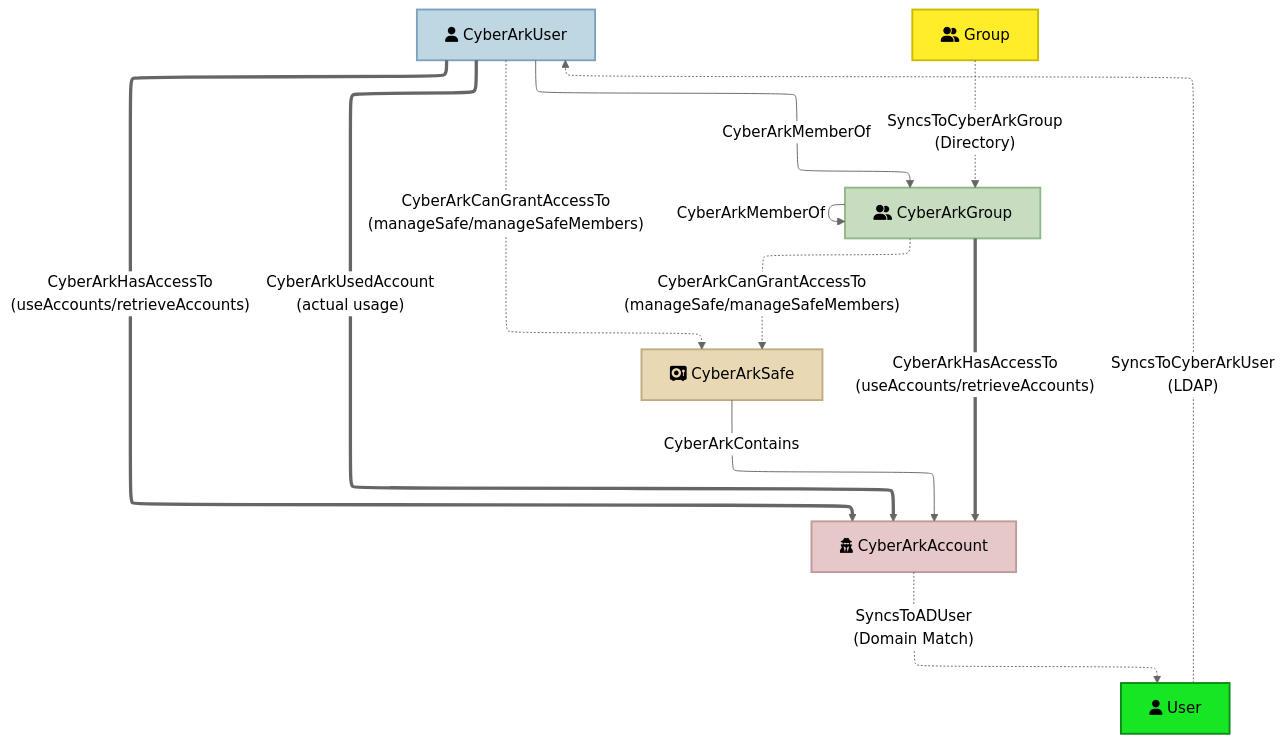
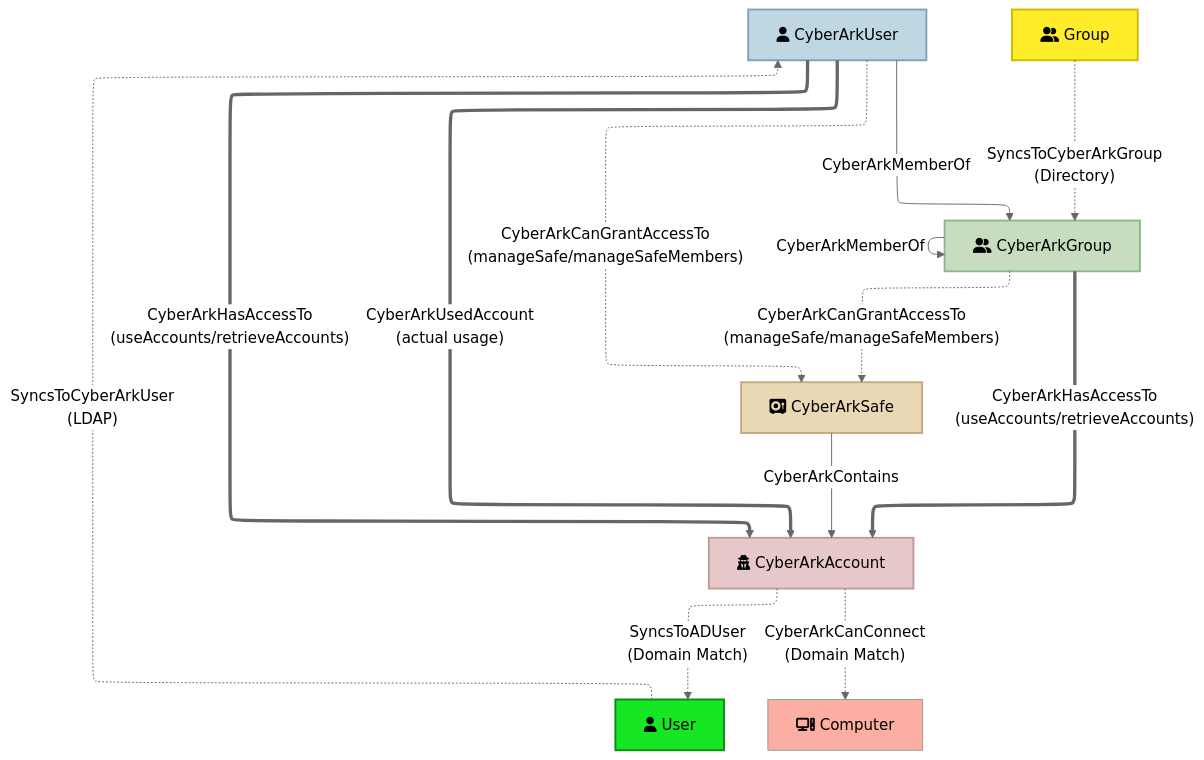
Before and after one commit to jazofra/CyberArkHound: the diagram in README.md, drawn with Mermaid (neutral theme). The commit also changed other lines of this file and 2 other files, not shown here.

Commit message:
Add new edge CyberArkCanConnect

````diff
--- a/README.md
+++ b/README.md
@@ -444,24 +445,26 @@
 ```mermaid
 ---
 config:
  layout: elk
 ---
 flowchart TD
  User["fa:fa-user User"] -. SyncsToCyberArkUser<br>(LDAP) .-> CyberArkUser["fa:fa-user CyberArkUser"]
  Group["fa:fa-user-group Group"] -. SyncsToCyberArkGroup<br>(Directory) .-> CyberArkGroup["fa:fa-user-group CyberArkGroup"]
  CyberArkAccount["fa:fa-user-secret CyberArkAccount"] -. SyncsToADUser<br>(Domain Match) .-> User
+ CyberArkAccount -. CyberArkCanConnect<br>(Domain Match) .-> Computer["fa:fa-computer Computer"]
  CyberArkUser -- CyberArkMemberOf --> CyberArkGroup
  CyberArkGroup -- CyberArkMemberOf --> CyberArkGroup
  CyberArkUser == CyberArkHasAccessTo<br>(useAccounts/retrieveAccounts) ==> CyberArkAccount
  CyberArkGroup == CyberArkHasAccessTo<br>(useAccounts/retrieveAccounts) ==> CyberArkAccount
  CyberArkUser == CyberArkUsedAccount<br>(actual usage) ==> CyberArkAccount
  CyberArkUser -. CyberArkCanGrantAccessTo<br>(manageSafe/manageSafeMembers) .-> CyberArkSafe["fa:fa-vault CyberArkSafe"]
  CyberArkGroup -. CyberArkCanGrantAccessTo<br>(manageSafe/manageSafeMembers) .-> CyberArkSafe
  CyberArkSafe -- CyberArkContains --> CyberArkAccount
  style User fill:#17E625,stroke:#0B8A14,stroke-width:2px
+ style Computer fill:#FCAEA3,stroke:DF7E71,stroke-widthg:2px
  style CyberArkUser fill:#BFD6E3,stroke:#7BA3C0,stroke-width:2px
  style Group fill:#FFED29,stroke:#CCB900,stroke-width:2px
  style CyberArkGroup fill:#C8DCC0,stroke:#8FB888,stroke-width:2px
  style CyberArkAccount fill:#E7C8C8,stroke:#C09999,stroke-width:2px
  style CyberArkSafe fill:#E8D8B3,stroke:#C0AC7F,stroke-width:2px
 ```
````
